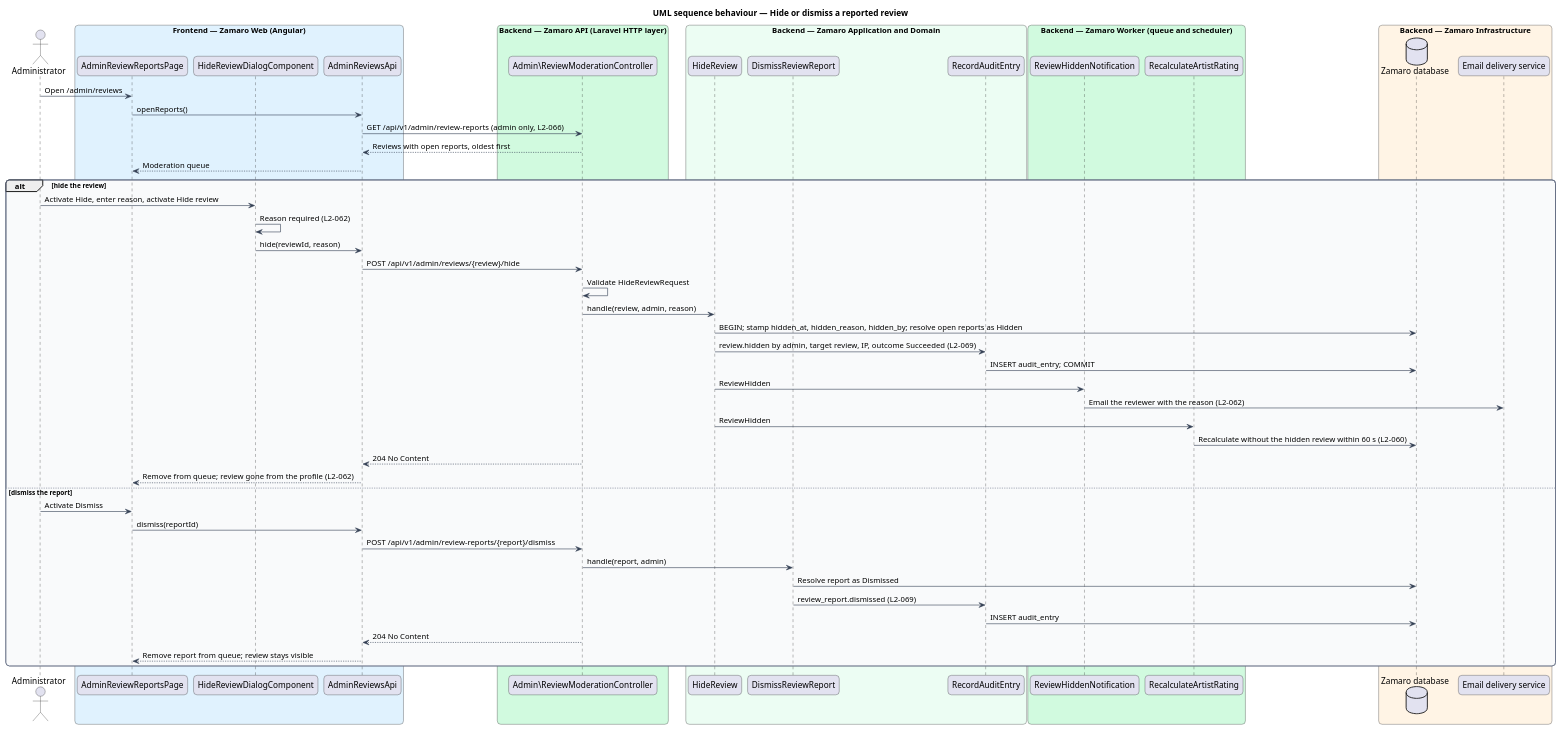
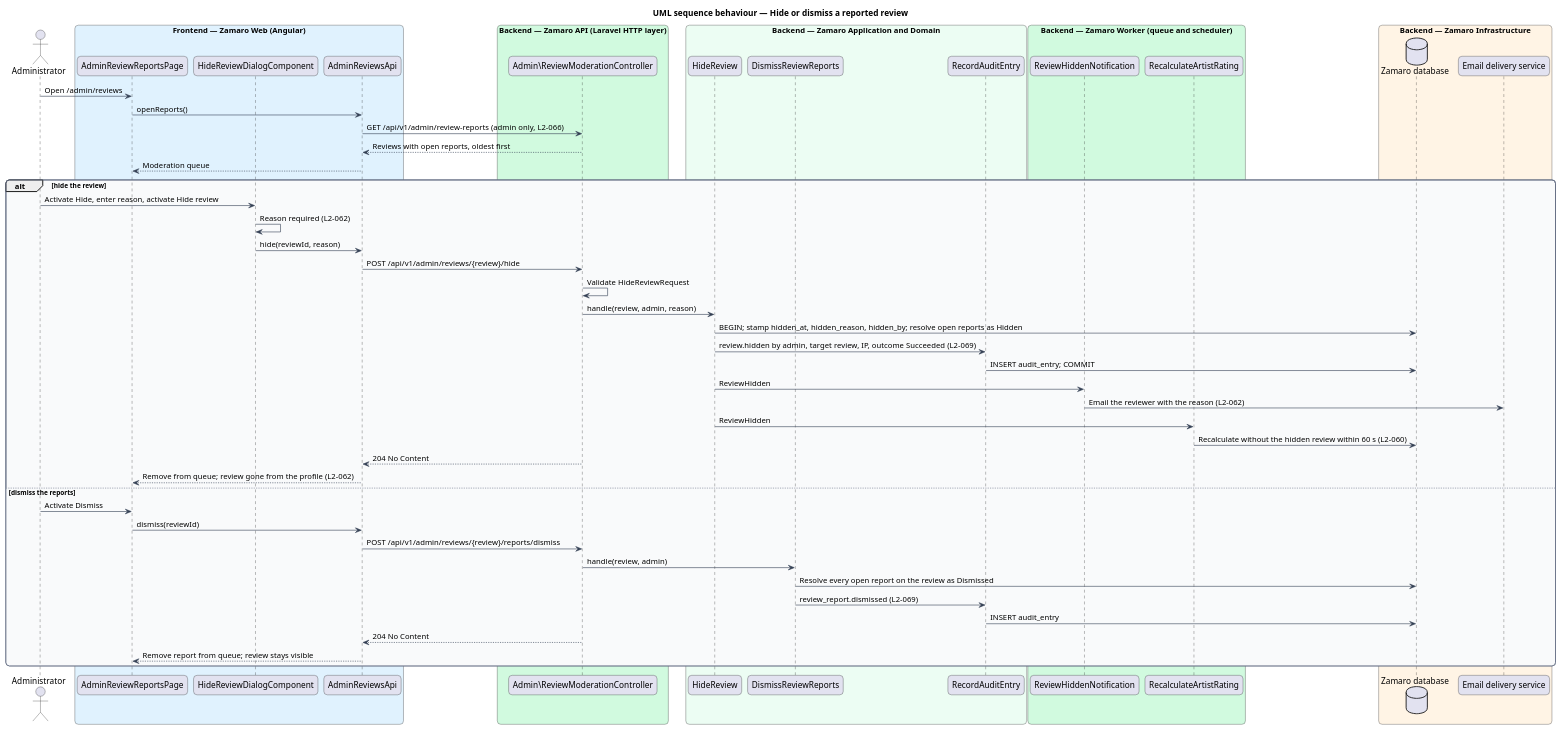
Before and after one commit to QuinntyneBrown/zamaro: the diagram in docs/detailed-designs/reviews/report-and-moderate-review/diagrams/sequence-moderate-review.puml, drawn with PlantUML. The commit also changed 379 other files, not shown here.

```diff
--- a/docs/detailed-designs/reviews/report-and-moderate-review/diagrams/sequence-moderate-review.puml
+++ b/docs/detailed-designs/reviews/report-and-moderate-review/diagrams/sequence-moderate-review.puml
@@ -1,72 +1,72 @@
 @startuml
 title UML sequence behaviour — Hide or dismiss a reported review
 skinparam backgroundColor #FFFFFF
 skinparam shadowing false
 skinparam roundcorner 12
 skinparam defaultFontName Arial
 skinparam ArrowColor #344054
 skinparam rectangle {
   BorderColor #344054
   FontColor #101828
 }
 skinparam package {
   BorderColor #667085
   FontColor #101828
   BackgroundColor #F9FAFB
 }
 actor "Administrator" as actor
 box "Frontend — Zamaro Web (Angular)" #E0F2FE
   participant "AdminReviewReportsPage" as page
   participant "HideReviewDialogComponent" as dialog
   participant "AdminReviewsApi" as client
 end box
 box "Backend — Zamaro API (Laravel HTTP layer)" #D1FADF
   participant "Admin\\ReviewModerationController" as controller
 end box
 box "Backend — Zamaro Application and Domain" #ECFDF3
   participant "HideReview" as hide
-  participant "DismissReviewReport" as dismiss
+  participant "DismissReviewReports" as dismiss
   participant "RecordAuditEntry" as audit
 end box
 box "Backend — Zamaro Worker (queue and scheduler)" #D1FADF
   participant "ReviewHiddenNotification" as notify
   participant "RecalculateArtistRating" as rating
 end box
 box "Backend — Zamaro Infrastructure" #FFF4E5
   database "Zamaro database" as db
   participant "Email delivery service" as email
 end box
 
 actor -> page : Open /admin/reviews
 page -> client : openReports()
 client -> controller : GET /api/v1/admin/review-reports (admin only, L2-066)
 controller --> client : Reviews with open reports, oldest first
 client --> page : Moderation queue
 alt hide the review
   actor -> dialog : Activate Hide, enter reason, activate Hide review
   dialog -> dialog : Reason required (L2-062)
   dialog -> client : hide(reviewId, reason)
   client -> controller : POST /api/v1/admin/reviews/{review}/hide
   controller -> controller : Validate HideReviewRequest
   controller -> hide : handle(review, admin, reason)
   hide -> db : BEGIN; stamp hidden_at, hidden_reason, hidden_by; resolve open reports as Hidden
   hide -> audit : review.hidden by admin, target review, IP, outcome Succeeded (L2-069)
   audit -> db : INSERT audit_entry; COMMIT
   hide -> notify : ReviewHidden
   notify -> email : Email the reviewer with the reason (L2-062)
   hide -> rating : ReviewHidden
   rating -> db : Recalculate without the hidden review within 60 s (L2-060)
   controller --> client : 204 No Content
   client --> page : Remove from queue; review gone from the profile (L2-062)
-else dismiss the report
+else dismiss the reports
   actor -> page : Activate Dismiss
-  page -> client : dismiss(reportId)
-  client -> controller : POST /api/v1/admin/review-reports/{report}/dismiss
-  controller -> dismiss : handle(report, admin)
-  dismiss -> db : Resolve report as Dismissed
+  page -> client : dismiss(reviewId)
+  client -> controller : POST /api/v1/admin/reviews/{review}/reports/dismiss
+  controller -> dismiss : handle(review, admin)
+  dismiss -> db : Resolve every open report on the review as Dismissed
   dismiss -> audit : review_report.dismissed (L2-069)
   audit -> db : INSERT audit_entry
   controller --> client : 204 No Content
   client --> page : Remove report from queue; review stays visible
 end
 @enduml
```
